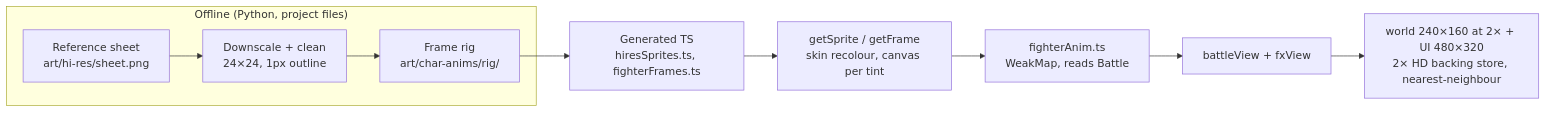
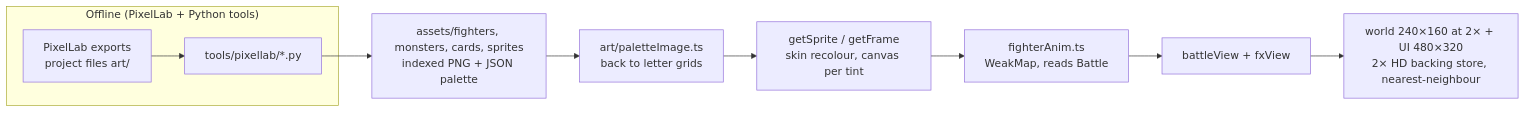
Before and after one commit to WesleyT4N/spell-vs-steel: the ninth of 23 diagrams in docs/ARCHITECTURE.md, drawn with Mermaid. The commit also changed other lines of this file, not shown here.

First line of the commit message:
Architecture doc: assets/ files and zip mods (#127-#130) (#131)

````diff
--- a/docs/ARCHITECTURE.md
+++ b/docs/ARCHITECTURE.md
@@ -256,12 +288,12 @@
 ```mermaid
 flowchart LR
-  subgraph offline ["Offline (Python, project files)"]
-    ref["Reference sheet<br/>art/hi-res/sheet.png"] --> down["Downscale + clean<br/>24×24, 1px outline"]
-    down --> rig["Frame rig<br/>art/char-anims/rig/"]
+  subgraph offline ["Offline (PixelLab + Python tools)"]
+    ref["PixelLab exports<br/>project files art/"] --> tools["tools/pixellab/*.py"]
   end
-  rig --> gen["Generated TS<br/>hiresSprites.ts, fighterFrames.ts"]
-  gen --> recolor["getSprite / getFrame<br/>skin recolour, canvas per tint"]
+  tools --> files["assets/fighters, monsters, cards, sprites<br/>indexed PNG + JSON palette"]
+  files --> read["art/paletteImage.ts<br/>back to letter grids"]
+  read --> recolor["getSprite / getFrame<br/>skin recolour, canvas per tint"]
   recolor --> pose["fighterAnim.ts<br/>WeakMap, reads Battle"]
   pose --> draw["battleView + fxView"]
   draw --> compose["world 240×160 at 2× + UI 480×320<br/>2× HD backing store, nearest-neighbour"]
 ```
````
